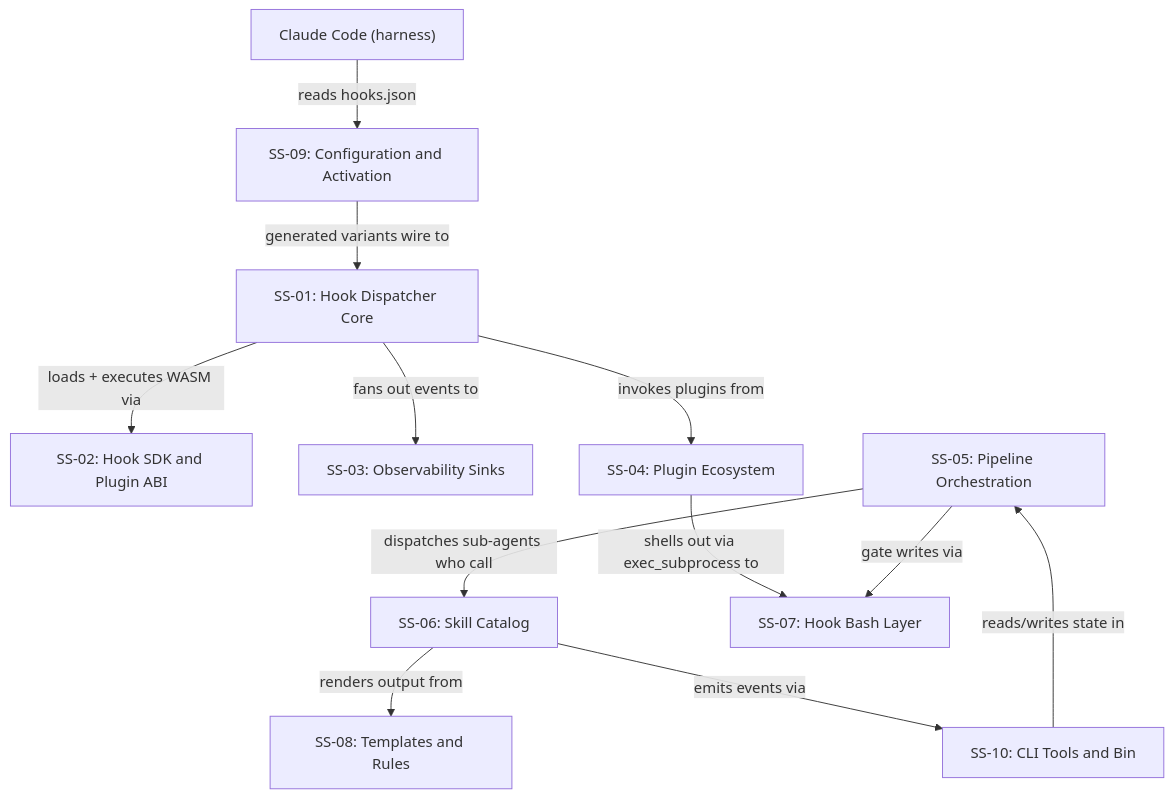
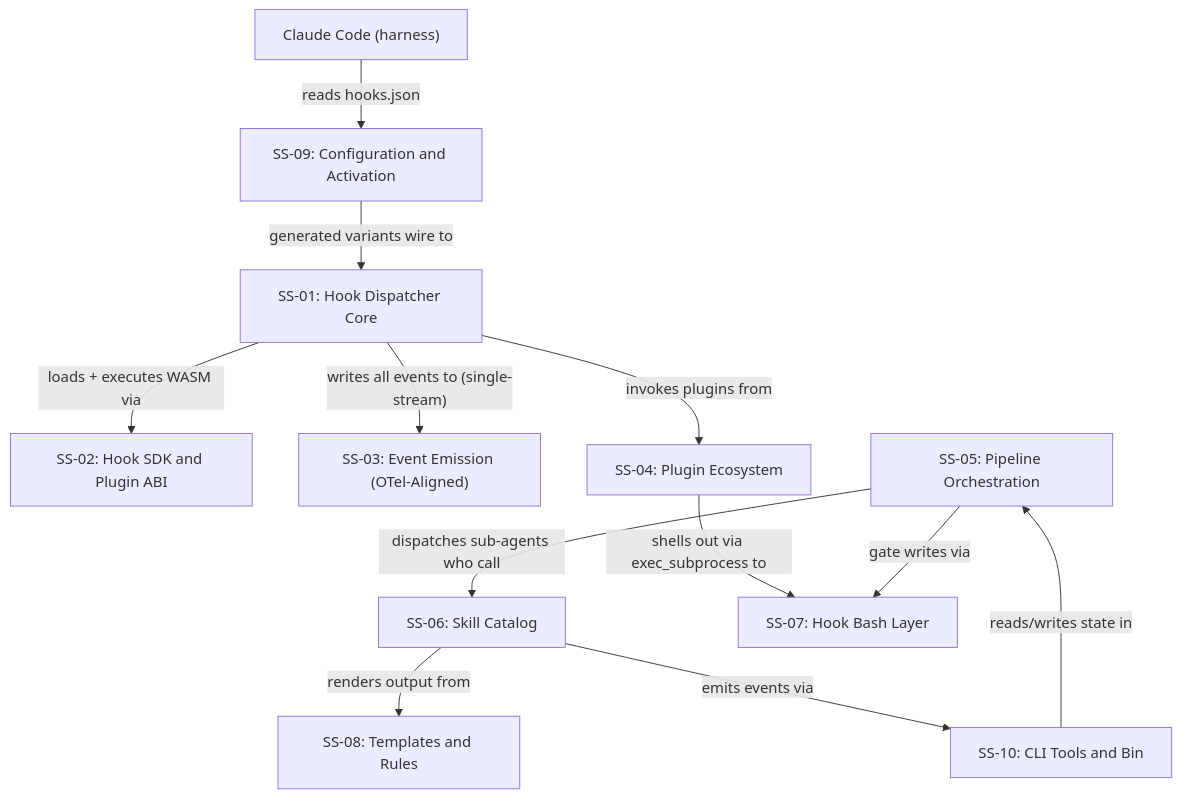
Before and after one commit to drbothen/vsdd-factory: the diagram in specs/architecture/ARCH-INDEX.md, drawn with Mermaid. The commit also changed other lines of this file and 10 other files, not shown here.

````diff
--- a/specs/architecture/ARCH-INDEX.md
+++ b/specs/architecture/ARCH-INDEX.md
@@ -103,26 +103,26 @@
 ```mermaid
 graph TD
     CC["Claude Code (harness)"]
     SS09["SS-09: Configuration and Activation"]
     SS01["SS-01: Hook Dispatcher Core"]
     SS02["SS-02: Hook SDK and Plugin ABI"]
-    SS03["SS-03: Observability Sinks"]
+    SS03["SS-03: Event Emission (OTel-Aligned)"]
     SS04["SS-04: Plugin Ecosystem"]
     SS05["SS-05: Pipeline Orchestration"]
     SS06["SS-06: Skill Catalog"]
     SS07["SS-07: Hook Bash Layer"]
     SS08["SS-08: Templates and Rules"]
     SS10["SS-10: CLI Tools and Bin"]
 
     CC -->|"reads hooks.json"| SS09
     SS09 -->|"generated variants wire to"| SS01
     SS01 -->|"loads + executes WASM via"| SS02
-    SS01 -->|"fans out events to"| SS03
+    SS01 -->|"writes all events to (single-stream)"| SS03
     SS01 -->|"invokes plugins from"| SS04
     SS04 -->|"shells out via exec_subprocess to"| SS07
     SS05 -->|"dispatches sub-agents who call"| SS06
     SS05 -->|"gate writes via"| SS07
     SS06 -->|"renders output from"| SS08
     SS06 -->|"emits events via"| SS10
     SS10 -->|"reads/writes state in"| SS05
 ```
````
